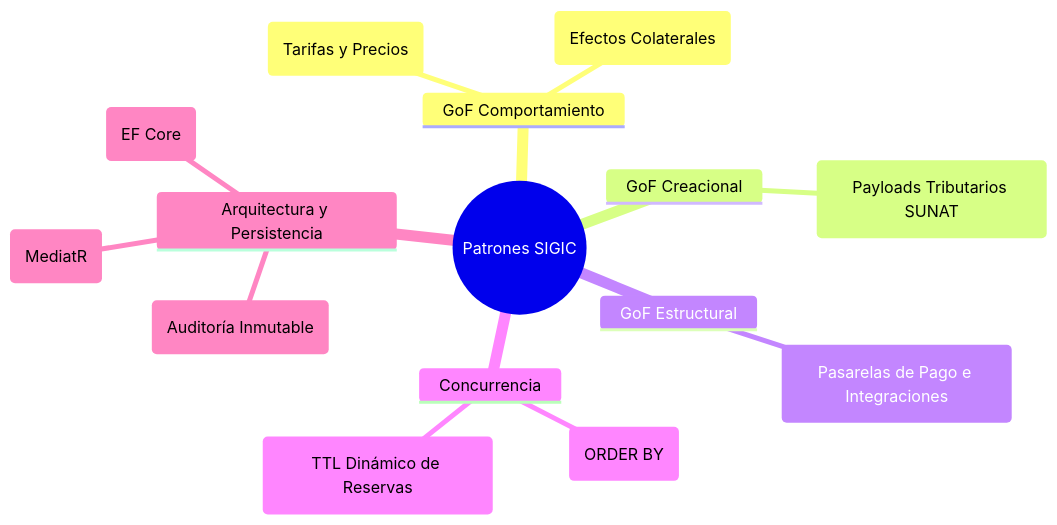
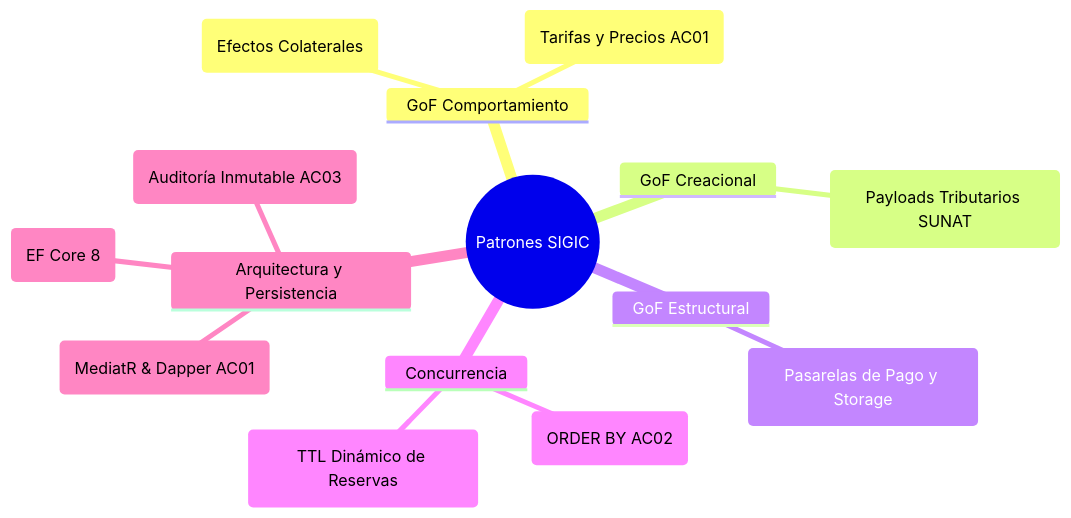
One commit to Crhisxp/SIGIC-arquitSoft-proyecto-final changed the first of 5 diagrams in 03-diseno-de-software/diseno-interno-modulos/patrones-de-diseno.md. Above: the diagram before and after it, drawn with Mermaid. The commit also changed other lines of this file and 53 other files, not shown here.

````diff
--- a/03-diseno-de-software/diseno-interno-modulos/patrones-de-diseno.md
+++ b/03-diseno-de-software/diseno-interno-modulos/patrones-de-diseno.md
@@ -14,18 +27,18 @@
 ```mermaid
 mindmap
   root((Patrones SIGIC))
     GoF Comportamiento
-      Strategy (Tarifas y Precios)
+      Strategy (Tarifas y Precios AC01)
       Observer / Domain Events (Efectos Colaterales)
     GoF Creacional
       Factory Method (Payloads Tributarios SUNAT)
     GoF Estructural
-      Adapter (Pasarelas de Pago e Integraciones)
+      Adapter (Pasarelas de Pago y Storage)
     Concurrencia
-      Pessimistic Locking Determinista (ORDER BY)
+      Pessimistic Locking Determinista (ORDER BY AC02)
       Background Worker (TTL Dinámico de Reservas)
     Arquitectura y Persistencia
-      Repository & Unit of Work (EF Core)
-      CQRS Ligero (MediatR)
-      Transactional Outbox (Auditoría Inmutable)
+      Repository & Unit of Work (EF Core 8)
+      CQRS Ligero (MediatR & Dapper AC01)
+      Transactional Outbox (Auditoría Inmutable AC03)
 ```
````
